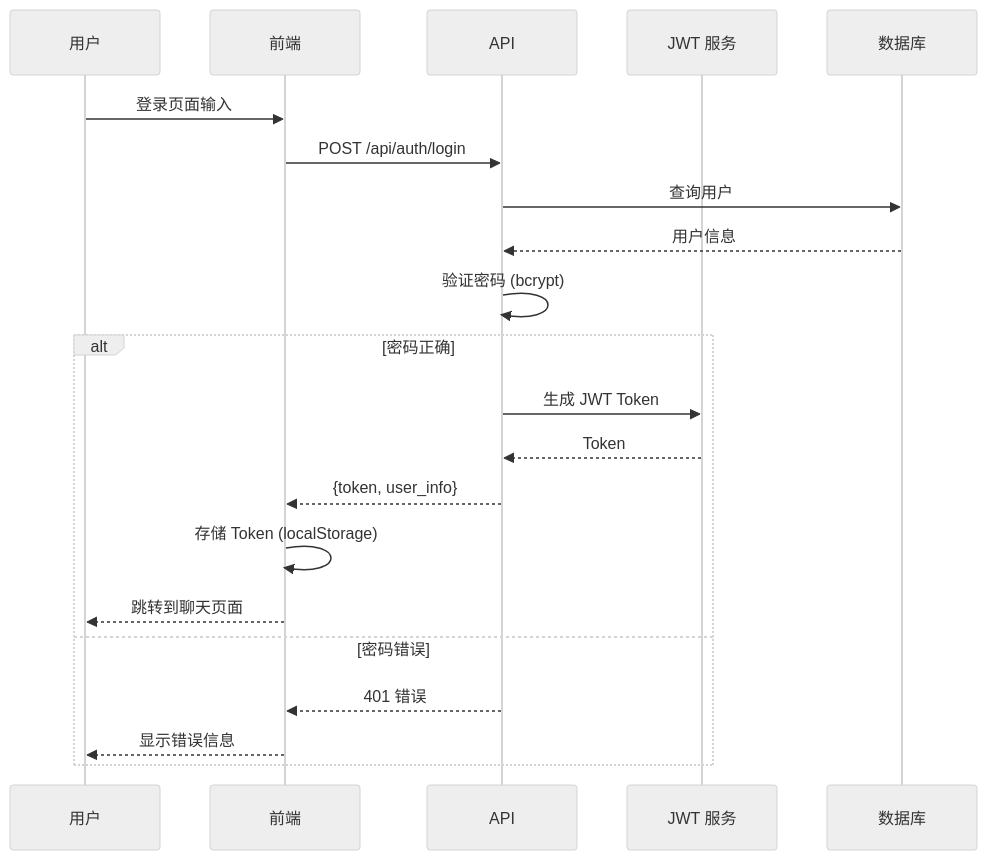
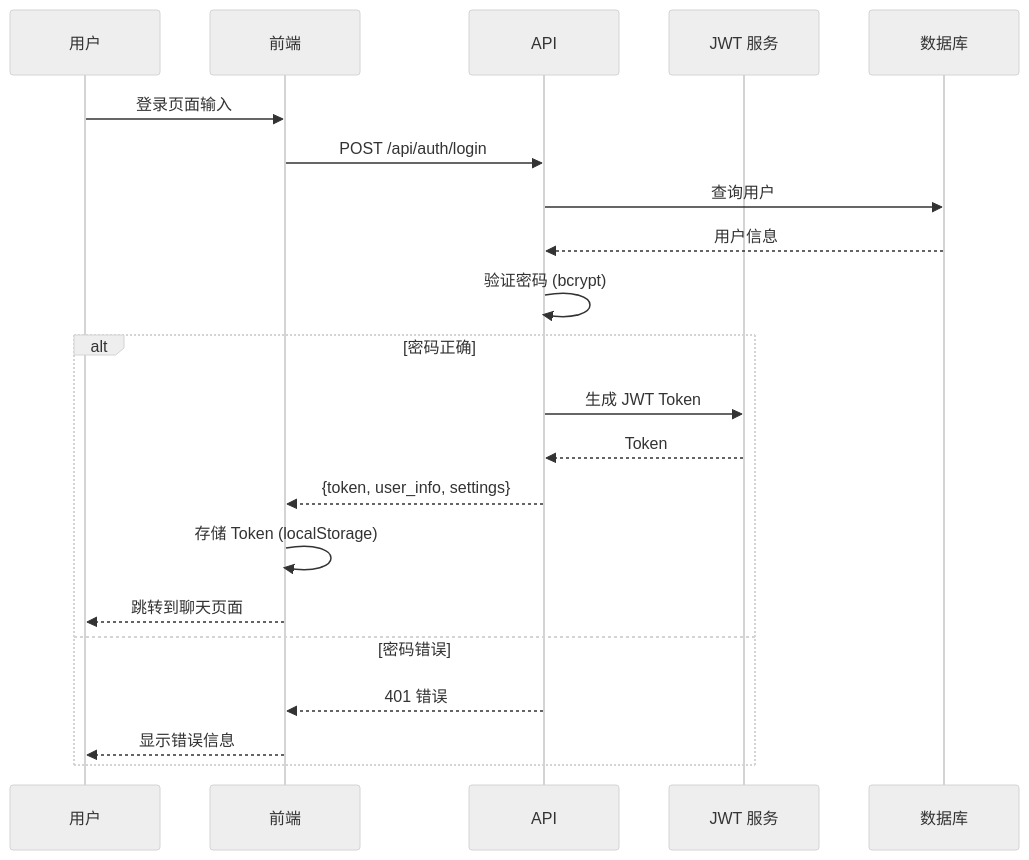
The fourth of 8 diagrams in agent/agent_project_design.md (xiaocaipi/mm-doc), drawn with Mermaid (neutral theme) before and after one commit. The commit also changed other lines of this file, not shown here.

````diff
--- a/agent/agent_project_design.md
+++ b/agent/agent_project_design.md
@@ -286,26 +334,26 @@
 ```mermaid
 sequenceDiagram
     participant User as 用户
     participant Frontend as 前端
     participant API as API
     participant JWT as JWT 服务
     participant DB as 数据库
 
     User->>Frontend: 登录页面输入
     Frontend->>API: POST /api/auth/login
     API->>DB: 查询用户
     DB-->>API: 用户信息
     
     API->>API: 验证密码 (bcrypt)
     
     alt 密码正确
         API->>JWT: 生成 JWT Token
         JWT-->>API: Token
-        API-->>Frontend: {token, user_info}
+        API-->>Frontend: {token, user_info, settings}
         Frontend->>Frontend: 存储 Token (localStorage)
         Frontend-->>User: 跳转到聊天页面
     else 密码错误
         API-->>Frontend: 401 错误
         Frontend-->>User: 显示错误信息
     end
 ```
````
